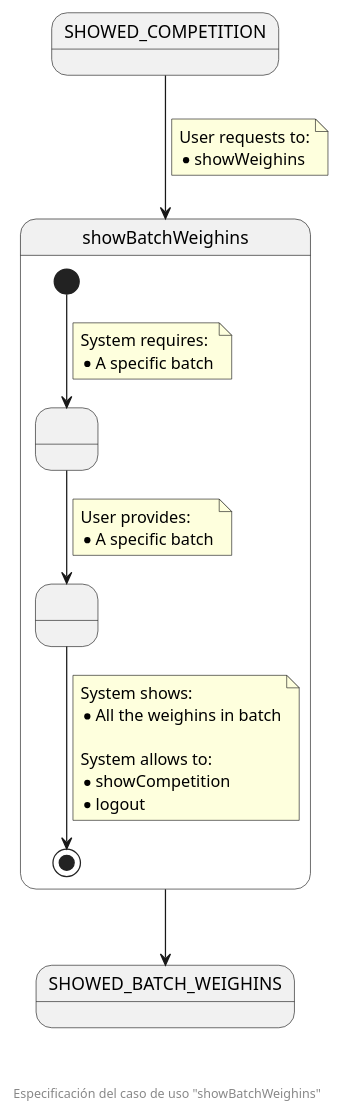
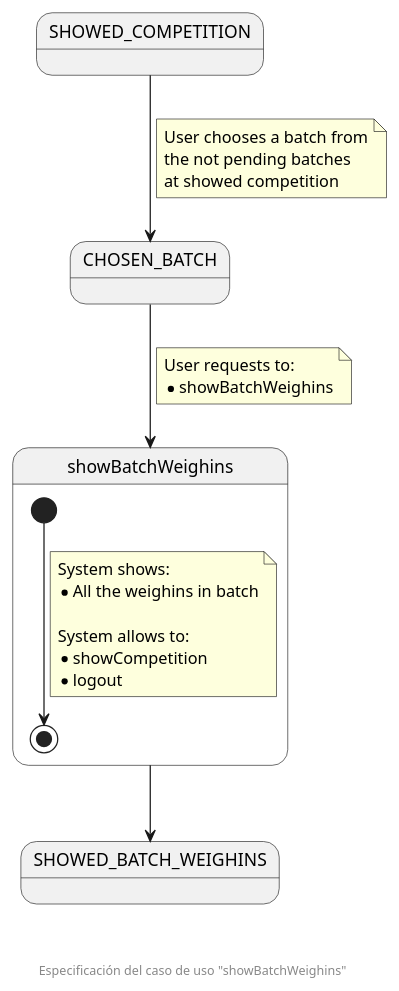
Before and after one commit to zuldare/mastercloud_pfm_halterocms: the diagram in documentation/diagrams/useCasesSpecification/spectator/4_showBatchWeighins.puml, drawn with PlantUML.

Commit message:
Fix showBatchWeighins use case specification

```diff
--- a/documentation/diagrams/useCasesSpecification/spectator/4_showBatchWeighins.puml
+++ b/documentation/diagrams/useCasesSpecification/spectator/4_showBatchWeighins.puml
@@ -1,37 +1,33 @@
 @startuml
 state SHOWED_COMPETITION
+state CHOSEN_BATCH
 state showBatchWeighins {
-  state " " as pendingBatch
-  state " " as providedBatch
-  [*] --> pendingBatch
-  note on link
-    System requires:
-    * A specific batch
-  end note
-  pendingBatch --> providedBatch
-  note on link
-    User provides:
-    * A specific batch
-  end note
-  providedBatch --> [*]
+  [*] --> [*]
   note on link
     System shows:
     * All the weighins in batch
     
     System allows to:
     * showCompetition
     * logout
   end note
 }
 state SHOWED_BATCH_WEIGHINS
 
-SHOWED_COMPETITION --> showBatchWeighins
+SHOWED_COMPETITION --> CHOSEN_BATCH
+note on link
+  User chooses a batch from
+  the not pending batches 
+  at showed competition
+end note
+
+CHOSEN_BATCH --> showBatchWeighins
 note on link
   User requests to:
-  * showWeighins
+  * showBatchWeighins
 end note
 
 showBatchWeighins --> SHOWED_BATCH_WEIGHINS
 
 footer \n\n\n Especificación del caso de uso "showBatchWeighins"
 @enduml
```
